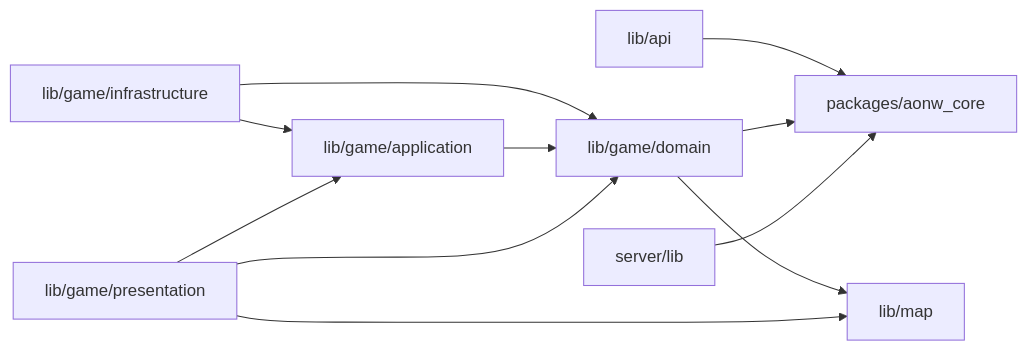
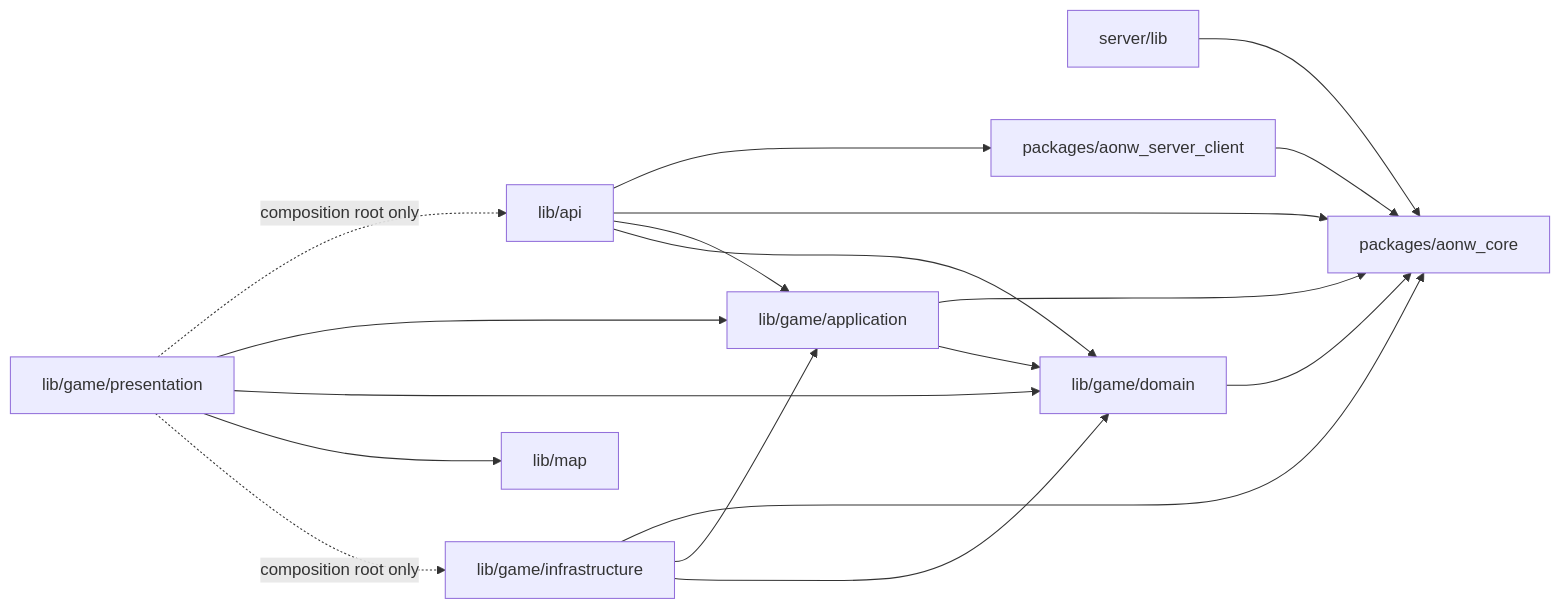
One commit to ernestwisniewski/aonw changed the diagram in docs/README.md. Above: the diagram before and after it, drawn with Mermaid. The commit also changed other lines of this file and 9 other files, not shown here.

````diff
--- a/docs/README.md
+++ b/docs/README.md
@@ -32,22 +34,30 @@
 ```mermaid
 flowchart LR
   Server["server/lib"]
   Core["packages/aonw_core"]
   Domain["lib/game/domain"]
   Application["lib/game/application"]
   Infrastructure["lib/game/infrastructure"]
   Presentation["lib/game/presentation"]
   Map["lib/map"]
   Api["lib/api"]
+  Client["packages/aonw_server_client"]
 
   Server --> Core
+  Client --> Core
+  Api --> Client
+  Api --> Core
+  Api --> Application
+  Api --> Domain
+  Presentation -. "composition root only" .-> Api
   Presentation --> Application
   Presentation --> Domain
   Presentation --> Map
+  Presentation -. "composition root only" .-> Infrastructure
+  Application --> Core
   Application --> Domain
+  Infrastructure --> Core
   Infrastructure --> Application
   Infrastructure --> Domain
   Domain --> Core
-  Domain --> Map
-  Api --> Core
 ```
````
